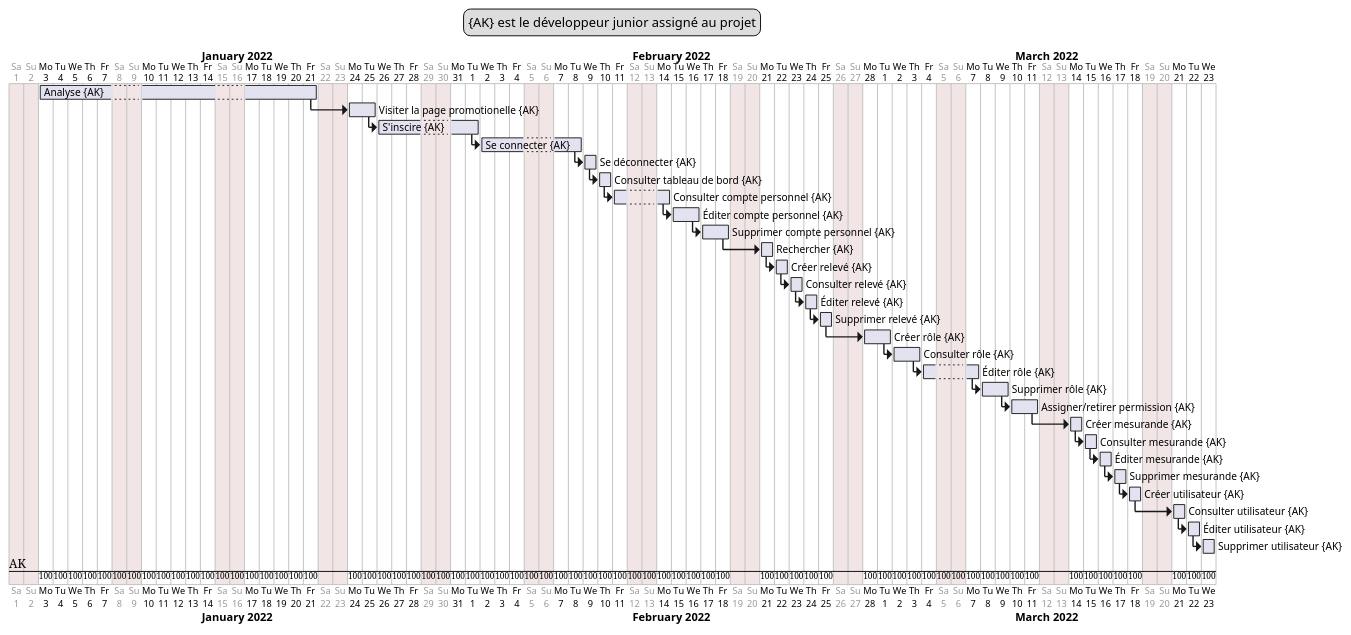
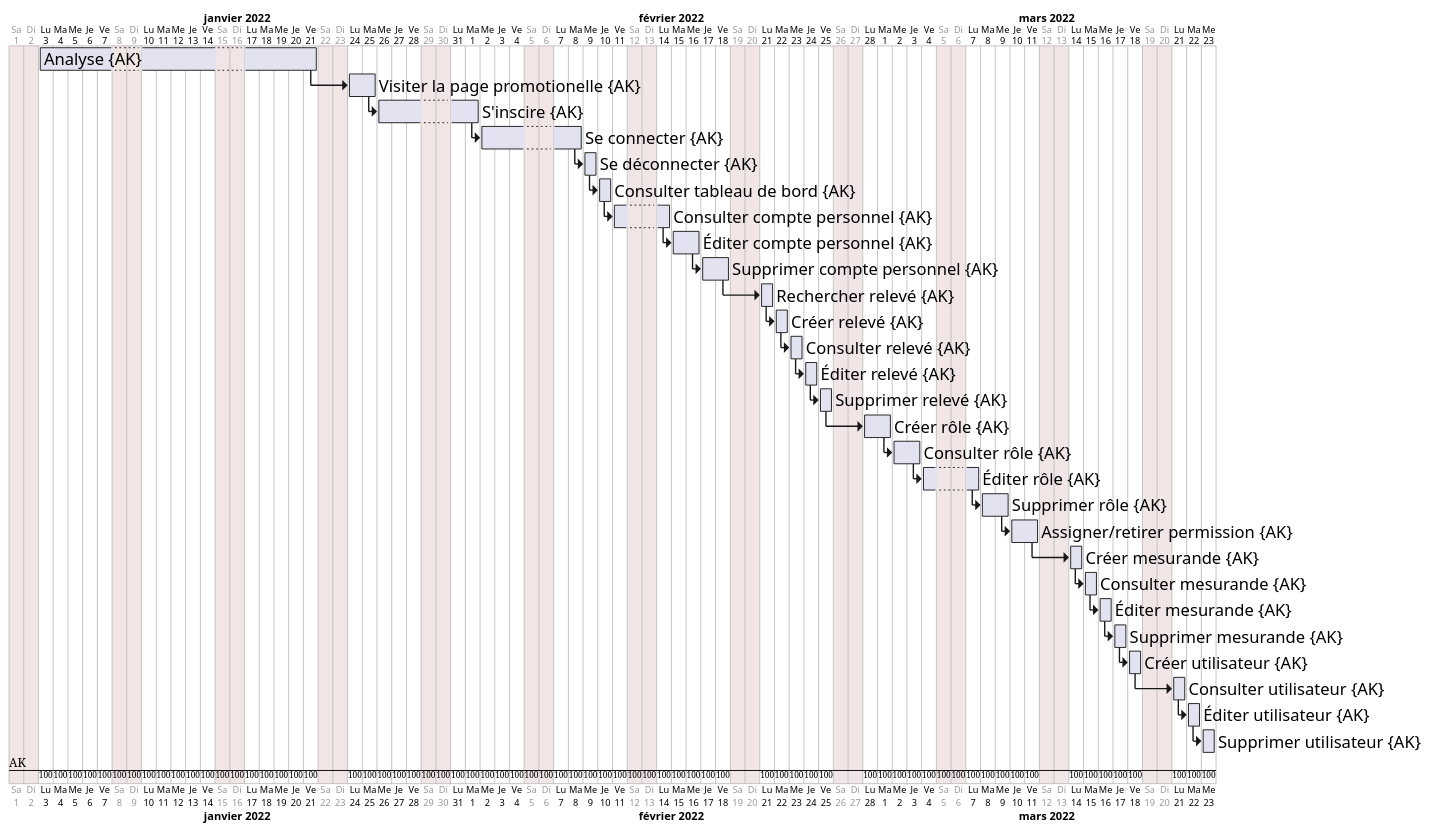
One commit to axelatc/EI-report changed diagram 31 of 31 in tfe.adoc. Above: the diagram before and after it, drawn with PlantUML. The commit also changed other lines of this file, not shown here.

Commit message:
Finalize gantt diagram

```diff
--- a/tfe.adoc
+++ b/tfe.adoc
@@ -2475,42 +2476,48 @@
 [plantuml,target=gantt,format=png]
 ....
 @startgantt
 
-legend top
-  {AK} est le développeur junior assigné au projet
-endlegend
+<style>
+ganttDiagram {
+	task {
+		FontName Helvetica
+		FontSize 18
+	}
+}
+</style>
 
+language fr
 saturday are closed
 sunday are closed
+projectscale daily
 
-printscale daily
 Project starts 2022-01-01
 then [Analyse] on {AK} lasts 15 days
 then [Visiter la page promotionelle] on {AK} lasts 2 days
 then [S'inscire] on {AK} lasts 5 days
 then [Se connecter] on {AK} lasts 5 days
 then [Se déconnecter] on {AK} lasts 1 days
 then [Consulter tableau de bord] on {AK} lasts 1 days
 then [Consulter compte personnel] on {AK} lasts 2 days
 then [Éditer compte personnel] on {AK} lasts 2 days
 then [Supprimer compte personnel] on {AK} lasts 2 days
-then [Rechercher] on {AK} lasts 1 days
+then [Rechercher relevé] on {AK} lasts 1 days
 then [Créer relevé] on {AK} lasts 1 days
 then [Consulter relevé] on {AK} lasts 1 days
 then [Éditer relevé] on {AK} lasts 1 days
 then [Supprimer relevé] on {AK} lasts 1 days
 then [Créer rôle] on {AK} lasts 2 days
 then [Consulter rôle] on {AK} lasts 2 days
 then [Éditer rôle] on {AK} lasts 2 days
 then [Supprimer rôle] on {AK} lasts 2 days
 then [Assigner/retirer permission] on {AK} lasts 2 days
 then [Créer mesurande] on {AK} lasts 1 days
 then [Consulter mesurande] on {AK} lasts 1 days
 then [Éditer mesurande] on {AK} lasts 1 days
 then [Supprimer mesurande] on {AK} lasts 1 days
 then [Créer utilisateur] on {AK} lasts 1 days
 then [Consulter utilisateur] on {AK} lasts 1 days
 then [Éditer utilisateur] on {AK} lasts 1 days
 then [Supprimer utilisateur] on {AK} lasts 1 days
 @endgantt
 ....
```
